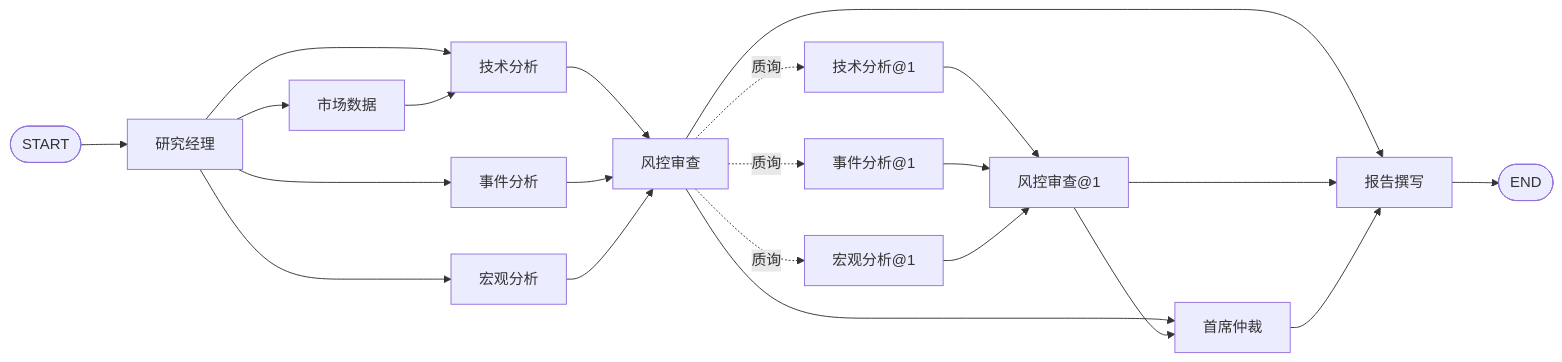
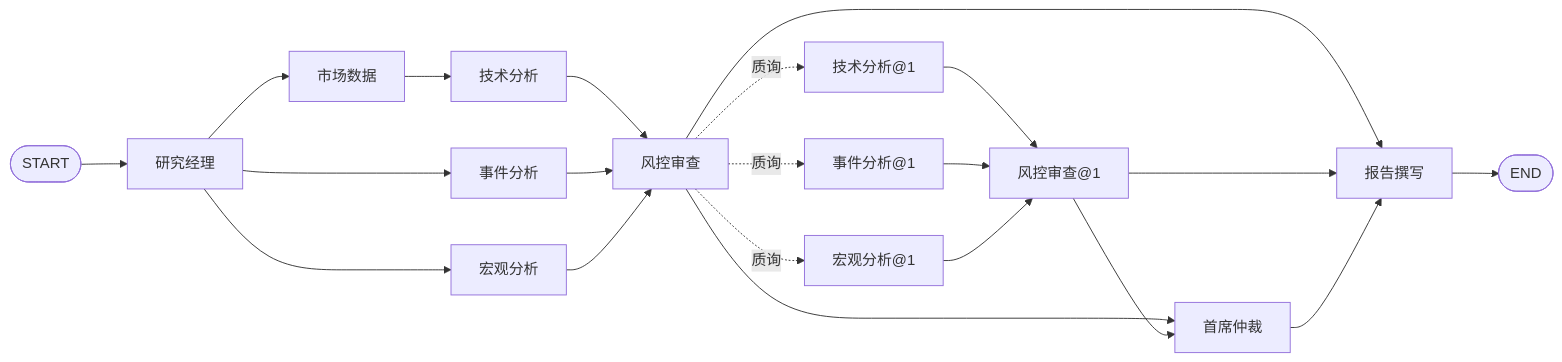
One commit to chriseven8/Atlas-Research changed the diagram in docs/design/2026-09-20-conditional-routing-multi-agent-design.md. Above: the diagram before and after it, drawn with Mermaid. The commit also changed other lines of this file and 1 other file, not shown here.

First line of the commit message:
docs: 修正设计图与验收快照中的过时内容

````diff
--- a/docs/design/2026-09-20-conditional-routing-multi-agent-design.md
+++ b/docs/design/2026-09-20-conditional-routing-multi-agent-design.md
@@ -83,24 +87,23 @@
 ```mermaid
 flowchart LR
   START([START]) --> manager[研究经理]
   manager --> market[市场数据]
-  manager --> technical[技术分析]
   manager --> news[事件分析]
   manager --> macro[宏观分析]
-  market --> technical
+  market --> technical[技术分析]
   technical --> risk[风控审查]
   news --> risk
   macro --> risk
   risk -.质询.-> technical1["技术分析@1"]
   risk -.质询.-> news1["事件分析@1"]
   risk -.质询.-> macro1["宏观分析@1"]
   technical1 --> risk1["风控审查@1"]
   news1 --> risk1
   macro1 --> risk1
   risk --> arbiter[首席仲裁]
   risk1 --> arbiter
   risk --> report[报告撰写]
   risk1 --> report
   arbiter --> report
   report --> END([END])
 ```
````
